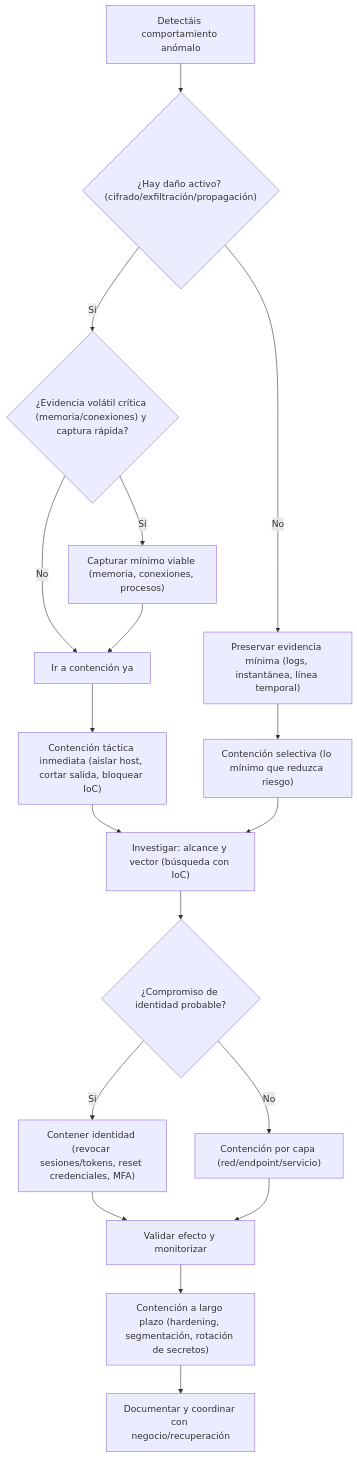
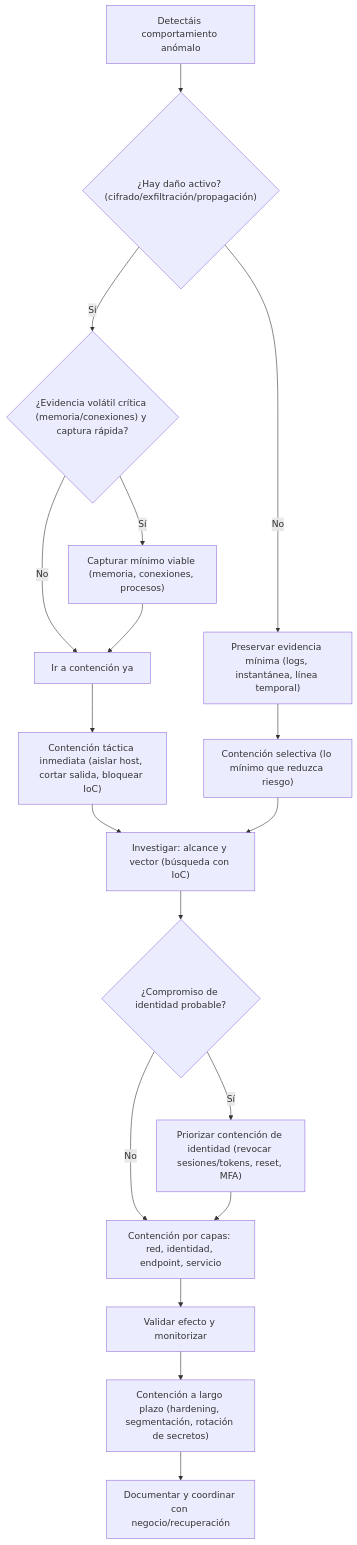
The first of 2 diagrams in docs/section2/u03/teoria/IS-U3.5.1.-Contencion.md (revilofe/revilofe.github.io), drawn with Mermaid before and after one commit. The commit also changed other lines of this file, not shown here.

Commit message:
IS U3 archivo IS-U3.5.1.-Contencion.md, se modifica documentación de contención de incidentes para mejorar la claridad del documento.

````diff
--- a/docs/section2/u03/teoria/IS-U3.5.1.-Contencion.md
+++ b/docs/section2/u03/teoria/IS-U3.5.1.-Contencion.md
@@ -134,26 +134,26 @@
 ```mermaid
 flowchart TD
 
     A["Detectáis comportamiento anómalo"] --> B{"¿Hay daño activo? (cifrado/exfiltración/propagación)"}
 
     B -->|Sí| C{"¿Evidencia volátil crítica (memoria/conexiones) y captura rápida?"}
     C -->|Sí| D["Capturar mínimo viable (memoria, conexiones, procesos)"]
     C -->|No| E["Ir a contención ya"]
     D --> E
     E --> F["Contención táctica inmediata (aislar host, cortar salida, bloquear IoC)"]
 
     B -->|No| G["Preservar evidencia mínima (logs, instantánea, línea temporal)"]
     G --> H["Contención selectiva (lo mínimo que reduzca riesgo)"]
 
     F --> I["Investigar: alcance y vector (búsqueda con IoC)"]
     H --> I
 
     I --> J{"¿Compromiso de identidad probable?"}
-    J -->|Sí| K["Contener identidad (revocar sesiones/tokens, reset credenciales, MFA)"]
-    J -->|No| L["Contención por capa (red/endpoint/servicio)"]
+    J -->|Sí| K["Priorizar contención de identidad (revocar sesiones/tokens, reset, MFA)"]
+    J -->|No| L["Contención por capas: red, identidad, endpoint, servicio"]
+    K --> L
 
-    K --> M["Validar efecto y monitorizar"]
-    L --> M
+    L --> M["Validar efecto y monitorizar"]
     M --> N["Contención a largo plazo (hardening, segmentación, rotación de secretos)"]
     N --> O["Documentar y coordinar con negocio/recuperación"]
 ```
````
